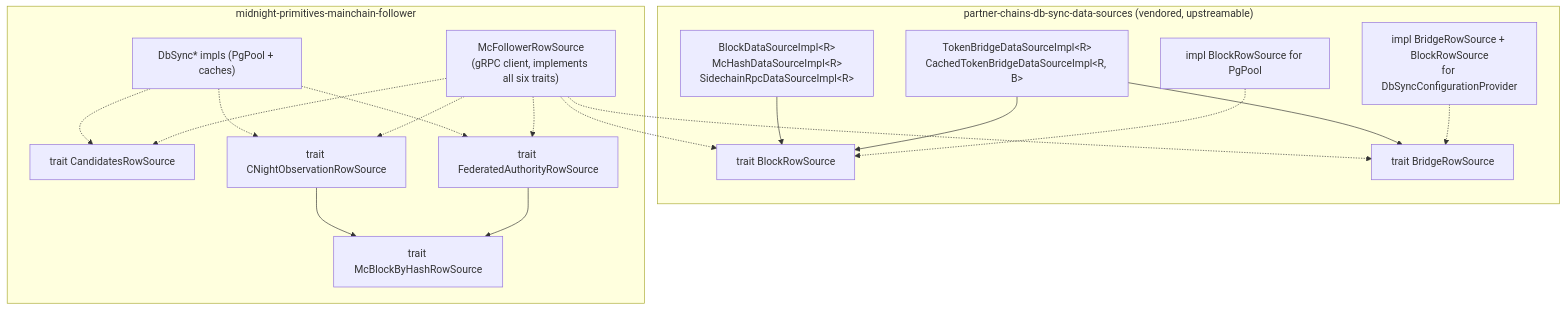
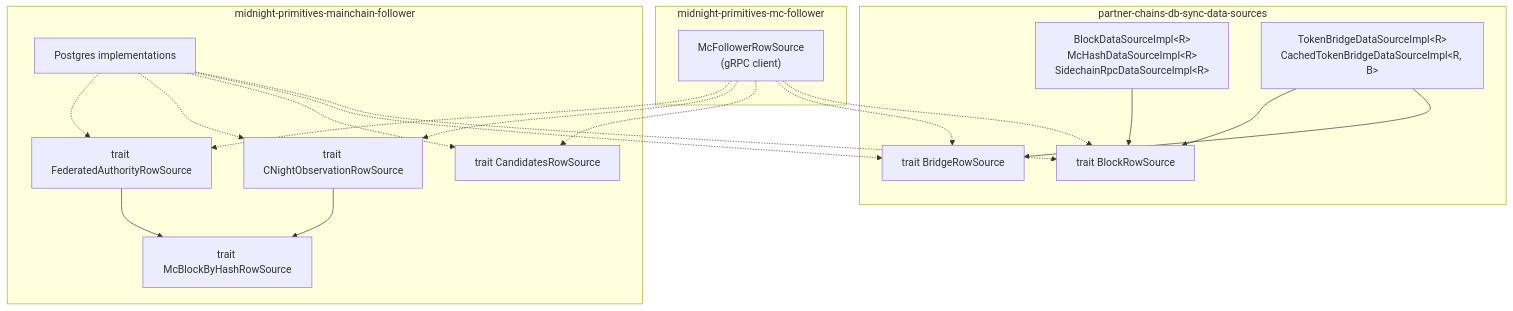
One commit to SeungheonOh/mc-follower changed the diagram in docs/CONTRACT.md. Above: the diagram before and after it, drawn with Mermaid. The commit also changed other lines of this file and 3 other files, not shown here.

````diff
--- a/docs/CONTRACT.md
+++ b/docs/CONTRACT.md
@@ -61,34 +59,34 @@
 ```mermaid
 flowchart TB
-  subgraph PCcrate["partner-chains-db-sync-data-sources (vendored, upstreamable)"]
+  subgraph PCcrate["partner-chains-db-sync-data-sources"]
     BRS["trait BlockRowSource"]
     BRRS["trait BridgeRowSource"]
     BDS["BlockDataSourceImpl&lt;R&gt;<br/>McHashDataSourceImpl&lt;R&gt;<br/>SidechainRpcDataSourceImpl&lt;R&gt;"]
     BR["TokenBridgeDataSourceImpl&lt;R&gt;<br/>CachedTokenBridgeDataSourceImpl&lt;R, B&gt;"]
-    PGP["impl BlockRowSource for PgPool"]
-    PGB["impl BridgeRowSource + BlockRowSource<br/>for DbSyncConfigurationProvider"]
   end
   subgraph MFcrate["midnight-primitives-mainchain-follower"]
     CRS["trait CandidatesRowSource"]
     NRS["trait CNightObservationRowSource"]
     FRS["trait FederatedAuthorityRowSource"]
     MBH["trait McBlockByHashRowSource"]
-    PGM["DbSync* impls (PgPool + caches)"]
-    GRPC["McFollowerRowSource<br/>(gRPC client, implements all six traits)"]
+    PGM["Postgres implementations"]
+  end
+  subgraph MCcrate["midnight-primitives-mc-follower"]
+    GRPC["McFollowerRowSource<br/>(gRPC client)"]
   end
   BDS --> BRS
   BR --> BRRS
   BR --> BRS
   NRS --> MBH
   FRS --> MBH
-  PGP -.-> BRS
-  PGB -.-> BRRS
+  PGM -.-> BRS
+  PGM -.-> BRRS
   PGM -.-> CRS
   PGM -.-> NRS
   PGM -.-> FRS
   GRPC -.-> BRS
   GRPC -.-> BRRS
   GRPC -.-> CRS
   GRPC -.-> NRS
   GRPC -.-> FRS
 ```
````
